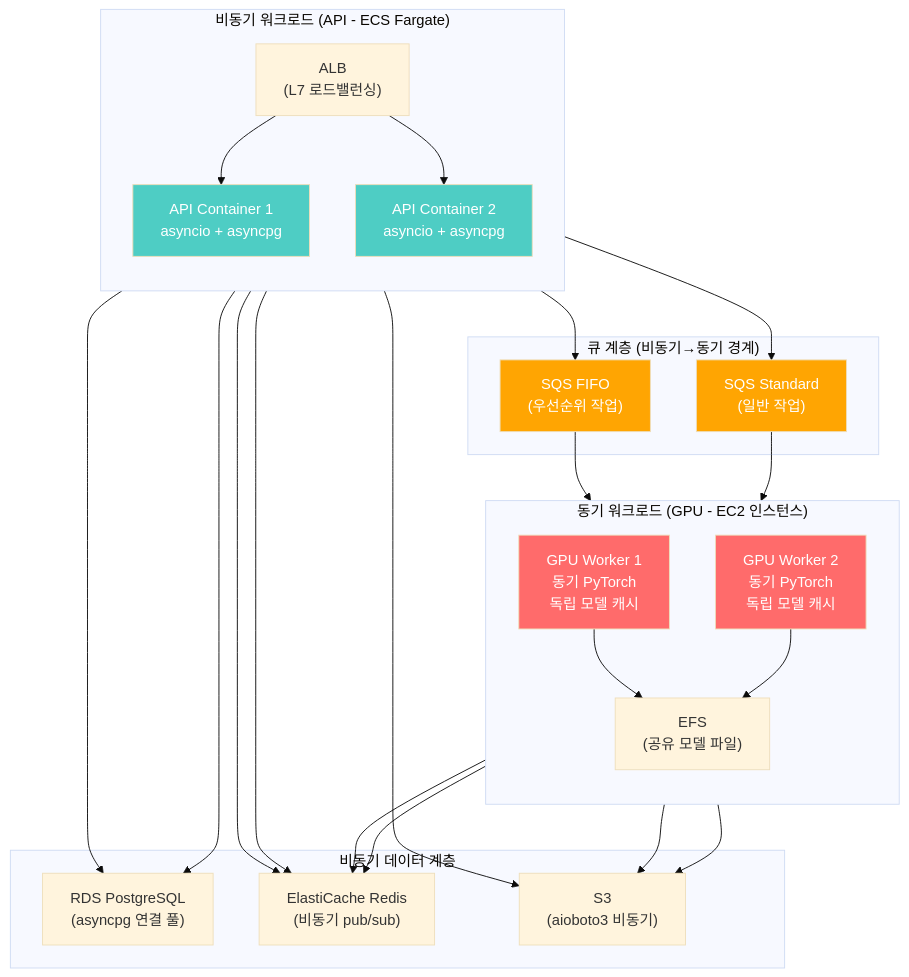
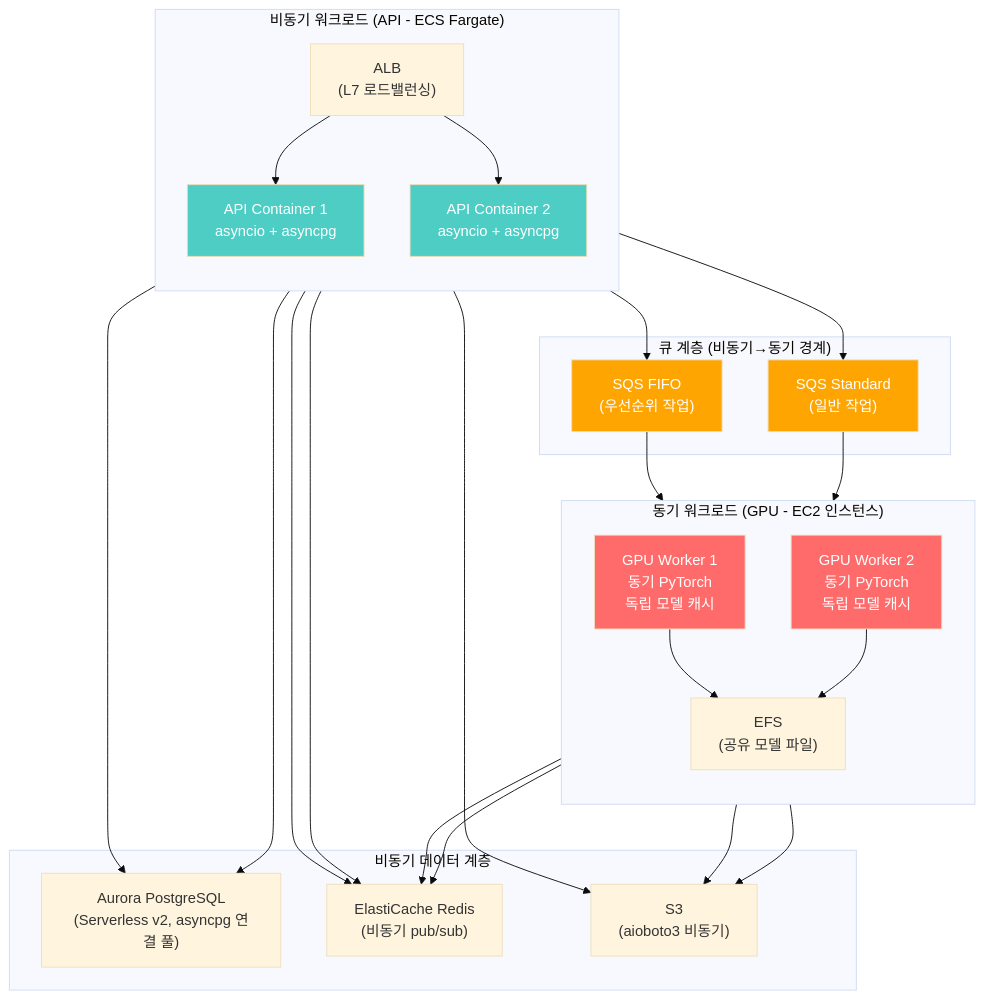
One commit to Pinksea-AI/InvokeAI changed the second of 8 diagrams in docs/saas-analysis/06_AWS_DEPLOYMENT_GUIDE.md. Above: the diagram before and after it, drawn with Mermaid (base theme). The commit also changed other lines of this file, not shown here.

First line of the commit message:
docs: Doc 06 전면 재작성 - Aurora PostgreSQL + 멀티테넌트 + DevOps

````diff
--- a/docs/saas-analysis/06_AWS_DEPLOYMENT_GUIDE.md
+++ b/docs/saas-analysis/06_AWS_DEPLOYMENT_GUIDE.md
@@ -152,55 +157,55 @@
 ```mermaid
 flowchart TB
     subgraph "비동기 워크로드 (API - ECS Fargate)"
         direction TB
         ALB["ALB<br/>(L7 로드밸런싱)"]
         API1["API Container 1<br/>asyncio + asyncpg"]
         API2["API Container 2<br/>asyncio + asyncpg"]
 
         ALB --> API1
         ALB --> API2
     end
 
     subgraph "비동기 데이터 계층"
-        RDS["RDS PostgreSQL<br/>(asyncpg 연결 풀)"]
+        AURORA["Aurora PostgreSQL<br/>(Serverless v2, asyncpg 연결 풀)"]
         REDIS["ElastiCache Redis<br/>(비동기 pub/sub)"]
         S3["S3<br/>(aioboto3 비동기)"]
     end
 
     subgraph "큐 계층 (비동기→동기 경계)"
         SQS_STD["SQS Standard<br/>(일반 작업)"]
         SQS_PRI["SQS FIFO<br/>(우선순위 작업)"]
     end
 
     subgraph "동기 워크로드 (GPU - EC2 인스턴스)"
         direction TB
         W1["GPU Worker 1<br/>동기 PyTorch<br/>독립 모델 캐시"]
         W2["GPU Worker 2<br/>동기 PyTorch<br/>독립 모델 캐시"]
         EFS["EFS<br/>(공유 모델 파일)"]
 
         W1 --> EFS
         W2 --> EFS
     end
 
-    API1 --> RDS
-    API2 --> RDS
+    API1 --> AURORA
+    API2 --> AURORA
     API1 --> REDIS
     API2 --> REDIS
     API1 --> S3
     API1 --> SQS_STD
     API1 --> SQS_PRI
 
     SQS_STD --> W1
     SQS_PRI --> W2
     W1 --> S3
     W2 --> S3
     W1 --> REDIS
     W2 --> REDIS
 
     style API1 fill:#4ecdc4,color:#fff
     style API2 fill:#4ecdc4,color:#fff
     style W1 fill:#ff6b6b,color:#fff
     style W2 fill:#ff6b6b,color:#fff
     style SQS_STD fill:#ffa502,color:#fff
     style SQS_PRI fill:#ffa502,color:#fff
 ```
````
